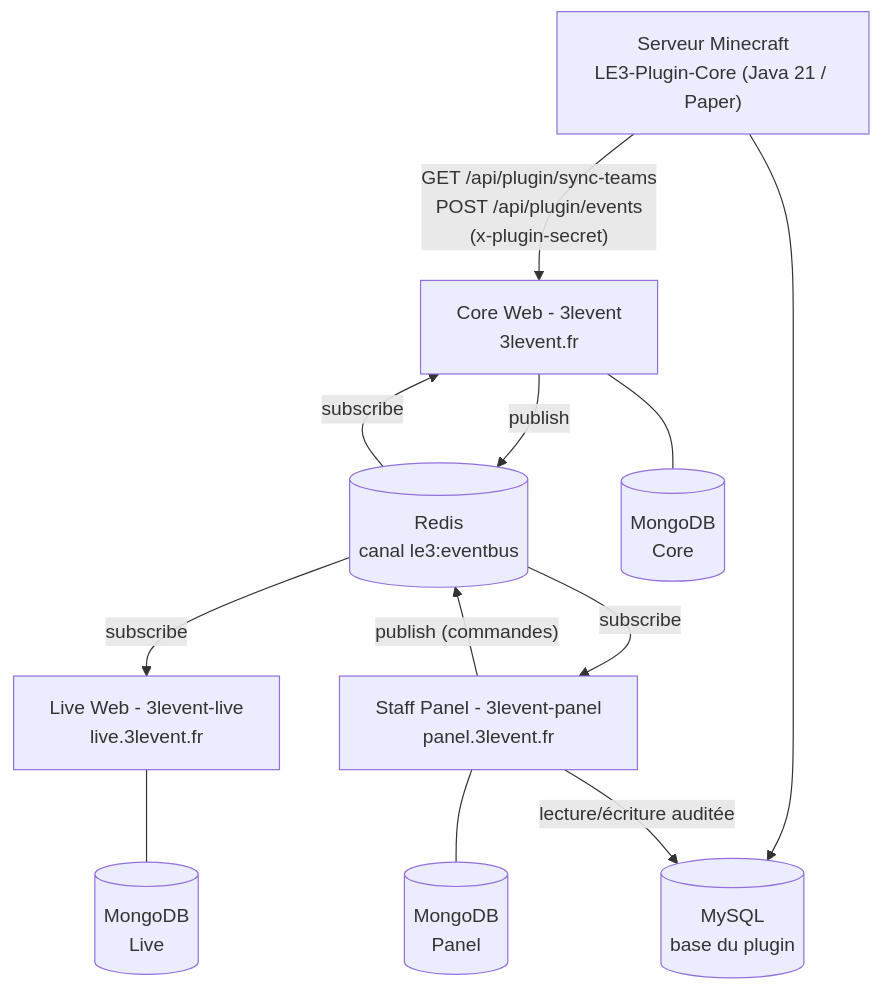
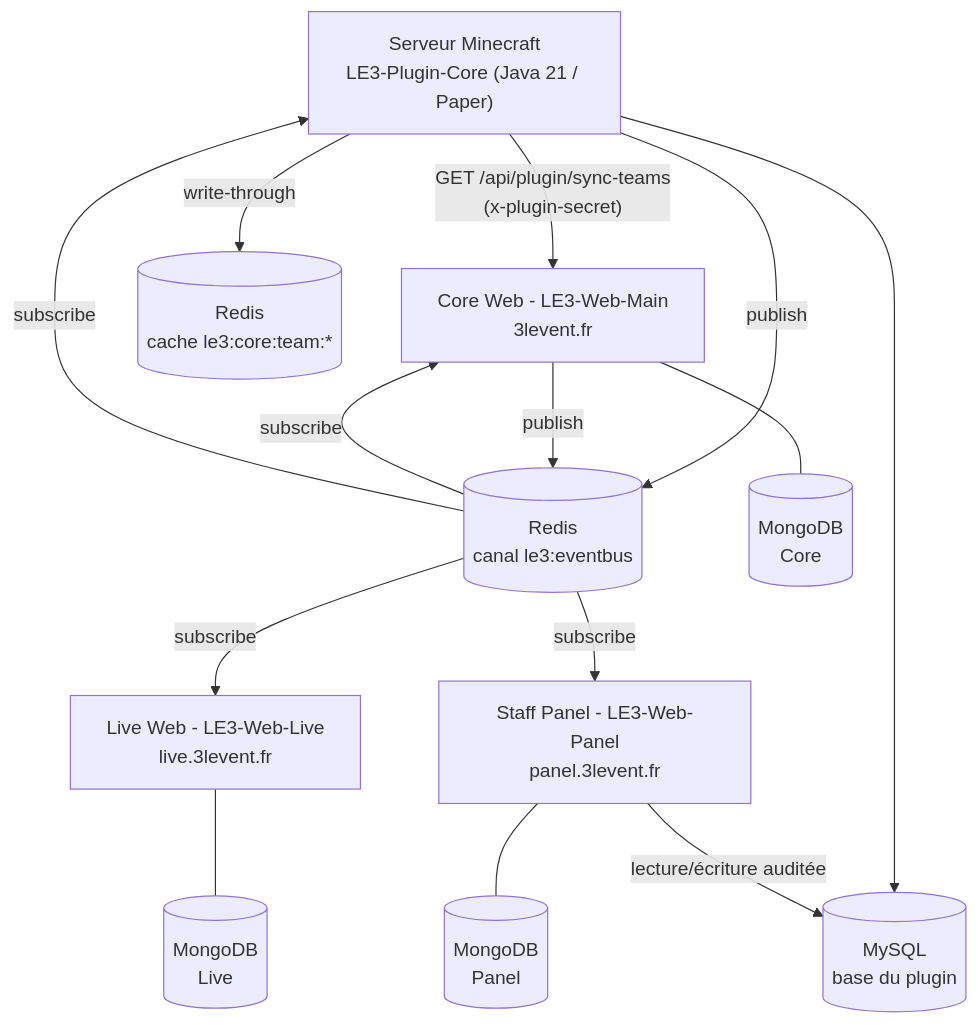
Before and after one commit to 3LEvent/LE3-Documentation: the diagram in docs/architecture/overview.md, drawn with Mermaid. The commit also changed other lines of this file and 19 other files, not shown here.

````diff
--- a/docs/architecture/overview.md
+++ b/docs/architecture/overview.md
@@ -22,24 +23,27 @@
 ```mermaid
 flowchart TD
     MC["Serveur Minecraft<br/>LE3-Plugin-Core (Java 21 / Paper)"]
-    CORE["Core Web - 3levent<br/>3levent.fr"]
-    LIVE["Live Web - 3levent-live<br/>live.3levent.fr"]
-    PANEL["Staff Panel - 3levent-panel<br/>panel.3levent.fr"]
+    CORE["Core Web - LE3-Web-Main<br/>3levent.fr"]
+    LIVE["Live Web - LE3-Web-Live<br/>live.3levent.fr"]
+    PANEL["Staff Panel - LE3-Web-Panel<br/>panel.3levent.fr"]
     BUS[("Redis<br/>canal le3:eventbus")]
+    CACHE[("Redis<br/>cache le3:core:team:*")]
     MYSQL[("MySQL<br/>base du plugin")]
     MDB1[("MongoDB<br/>Core")]
     MDB2[("MongoDB<br/>Live")]
     MDB3[("MongoDB<br/>Panel")]
 
-    MC -->|"GET /api/plugin/sync-teams<br/>POST /api/plugin/events<br/>(x-plugin-secret)"| CORE
+    MC -->|"GET /api/plugin/sync-teams<br/>(x-plugin-secret)"| CORE
     MC --> MYSQL
+    MC -->|"write-through"| CACHE
+    MC -->|publish| BUS
     CORE -->|publish| BUS
-    PANEL -->|"publish (commandes)"| BUS
     BUS -->|subscribe| CORE
     BUS -->|subscribe| LIVE
     BUS -->|subscribe| PANEL
+    BUS -->|subscribe| MC
     CORE --- MDB1
     LIVE --- MDB2
     PANEL --- MDB3
     PANEL -->|"lecture/écriture auditée"| MYSQL
 ```
````
